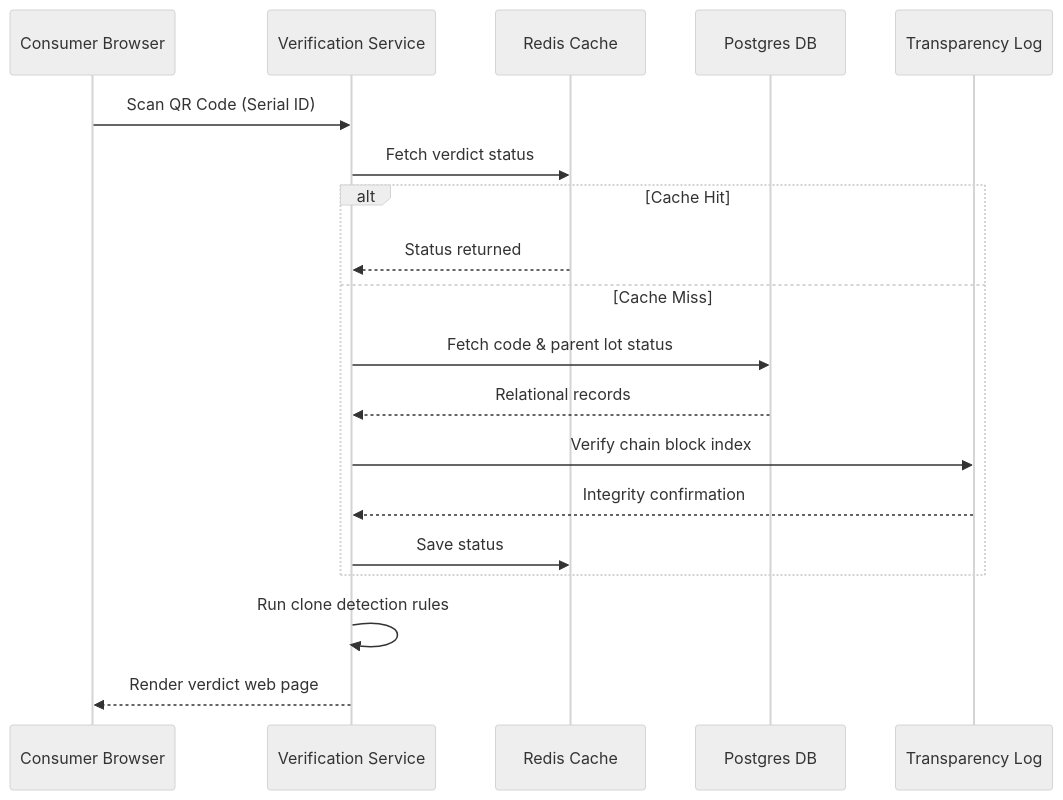
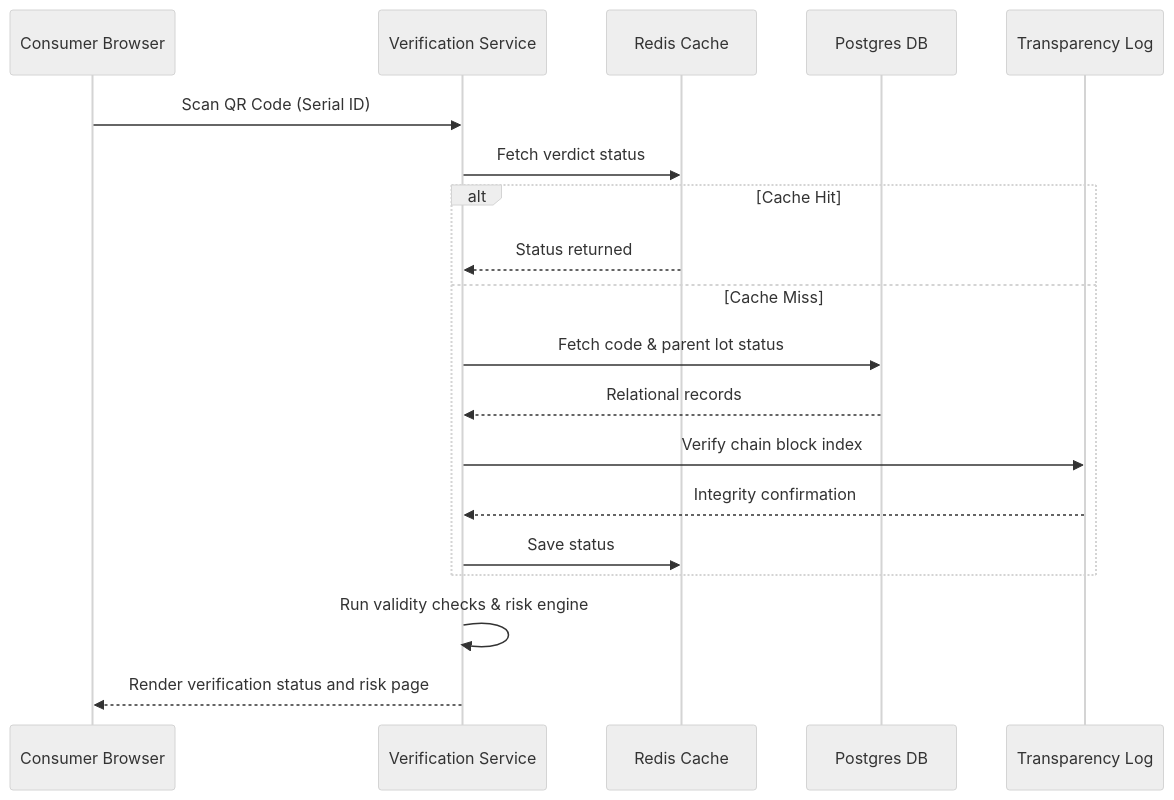
Before and after one commit to Nandu1729/CapMint: the sixth of 6 diagrams in architecture/sequence/DATA_FLOW.md, drawn with Mermaid (neutral theme). The commit also changed other lines of this file and 7 other files, not shown here.

Commit message:
refactor: replace clone detection with Verification + Risk Assessment + Human Review model in architecture docs

````diff
--- a/architecture/sequence/DATA_FLOW.md
+++ b/architecture/sequence/DATA_FLOW.md
@@ -315,22 +307,22 @@
 ```mermaid
 sequenceDiagram
     participant Browser as Consumer Browser
     participant API as Verification Service
     participant Cache as Redis Cache
     participant DB as Postgres DB
     participant Log as Transparency Log
 
     Browser->>API: Scan QR Code (Serial ID)
     API->>Cache: Fetch verdict status
     alt Cache Hit
         Cache-->>API: Status returned
     else Cache Miss
         API->>DB: Fetch code & parent lot status
         DB-->>API: Relational records
         API->>Log: Verify chain block index
         Log-->>API: Integrity confirmation
         API->>Cache: Save status
     end
-    API->>API: Run clone detection rules
-    API-->>Browser: Render verdict web page
+    API->>API: Run validity checks & risk engine
+    API-->>Browser: Render verification status and risk page
 ```
````
